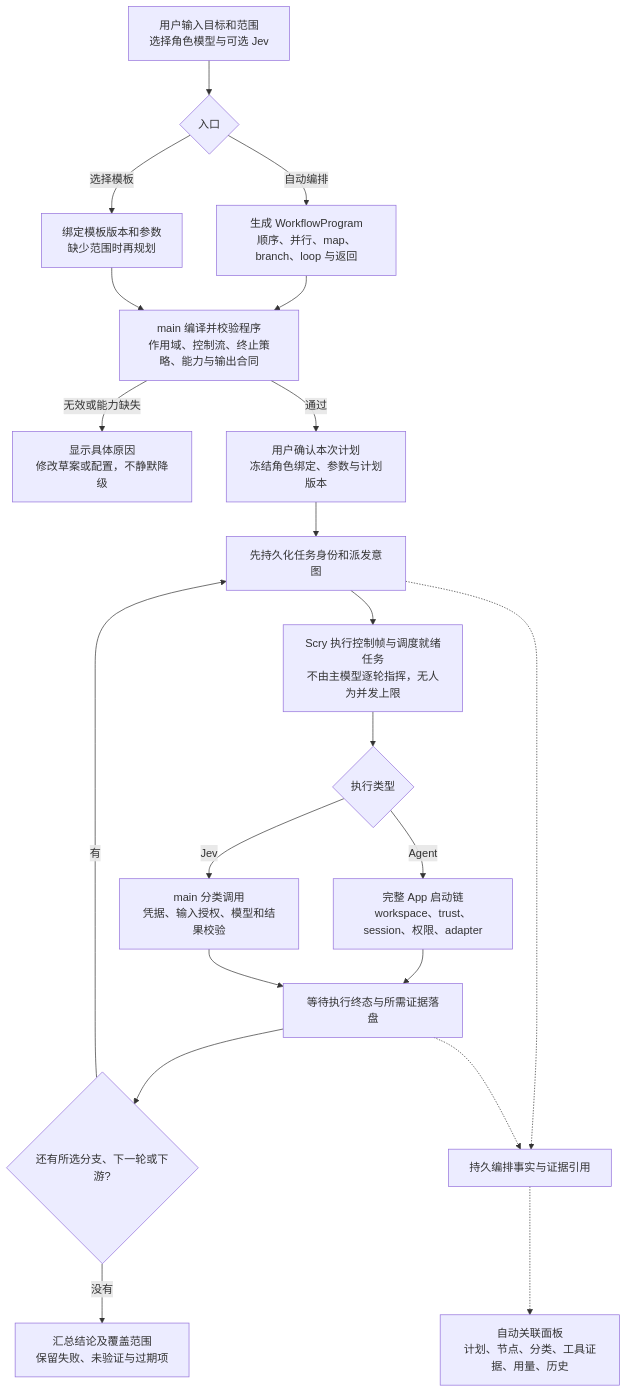
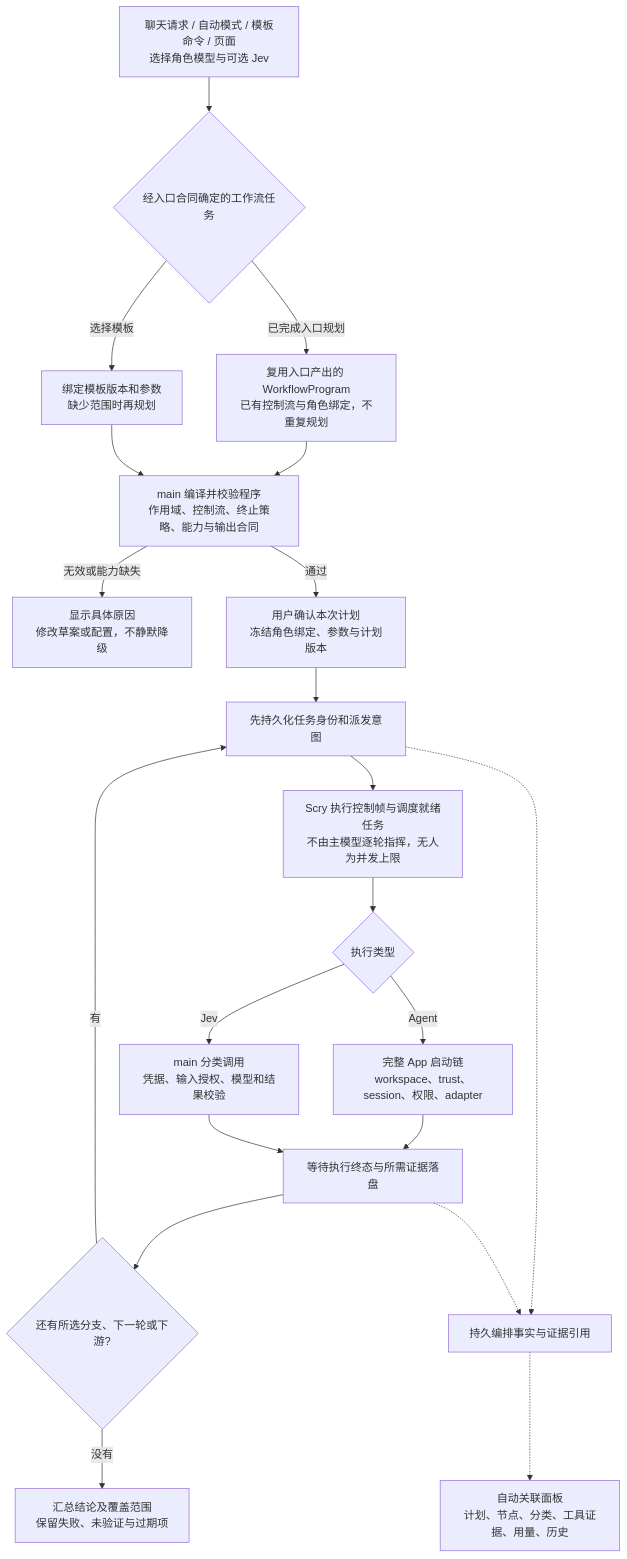
The first of 3 diagrams in designs/scry-workflows/implementation-plan.md (bingjiang0611/scry), drawn with Mermaid before and after one commit. The commit also changed other lines of this file and 3 other files, not shown here.

````diff
--- a/designs/scry-workflows/implementation-plan.md
+++ b/designs/scry-workflows/implementation-plan.md
@@ -34,23 +41,23 @@
 ```mermaid
 flowchart TD
-  A[用户输入目标和范围<br/>选择角色模型与可选 Jev] --> B{入口}
-  B -->|自动编排| C[生成 WorkflowProgram<br/>顺序、并行、map、branch、loop 与返回]
+  A[聊天请求 / 自动模式 / 模板命令 / 页面<br/>选择角色模型与可选 Jev] --> B{经入口合同确定的工作流任务}
+  B -->|已完成入口规划| C[复用入口产出的 WorkflowProgram<br/>已有控制流与角色绑定，不重复规划]
   B -->|选择模板| D[绑定模板版本和参数<br/>缺少范围时再规划]
   C --> E[main 编译并校验程序<br/>作用域、控制流、终止策略、能力与输出合同]
   D --> E
   E -->|无效或能力缺失| X[显示具体原因<br/>修改草案或配置，不静默降级]
   E -->|通过| F[用户确认本次计划<br/>冻结角色绑定、参数与计划版本]
   F --> G[先持久化任务身份和派发意图]
   G --> H[Scry 执行控制帧与调度就绪任务<br/>不由主模型逐轮指挥，无人为并发上限]
   H --> I{执行类型}
   I -->|Agent| J[完整 App 启动链<br/>workspace、trust、session、权限、adapter]
   I -->|Jev| K[main 分类调用<br/>凭据、输入授权、模型和结果校验]
   J --> L[等待执行终态与所需证据落盘]
   K --> L
   L --> M{还有所选分支、下一轮或下游?}
   M -->|有| G
   M -->|没有| N[汇总结论及覆盖范围<br/>保留失败、未验证与过期项]
   G -.-> P[持久编排事实与证据引用]
   L -.-> P
   P -.-> Q[自动关联面板<br/>计划、节点、分类、工具证据、用量、历史]
 ```
````
